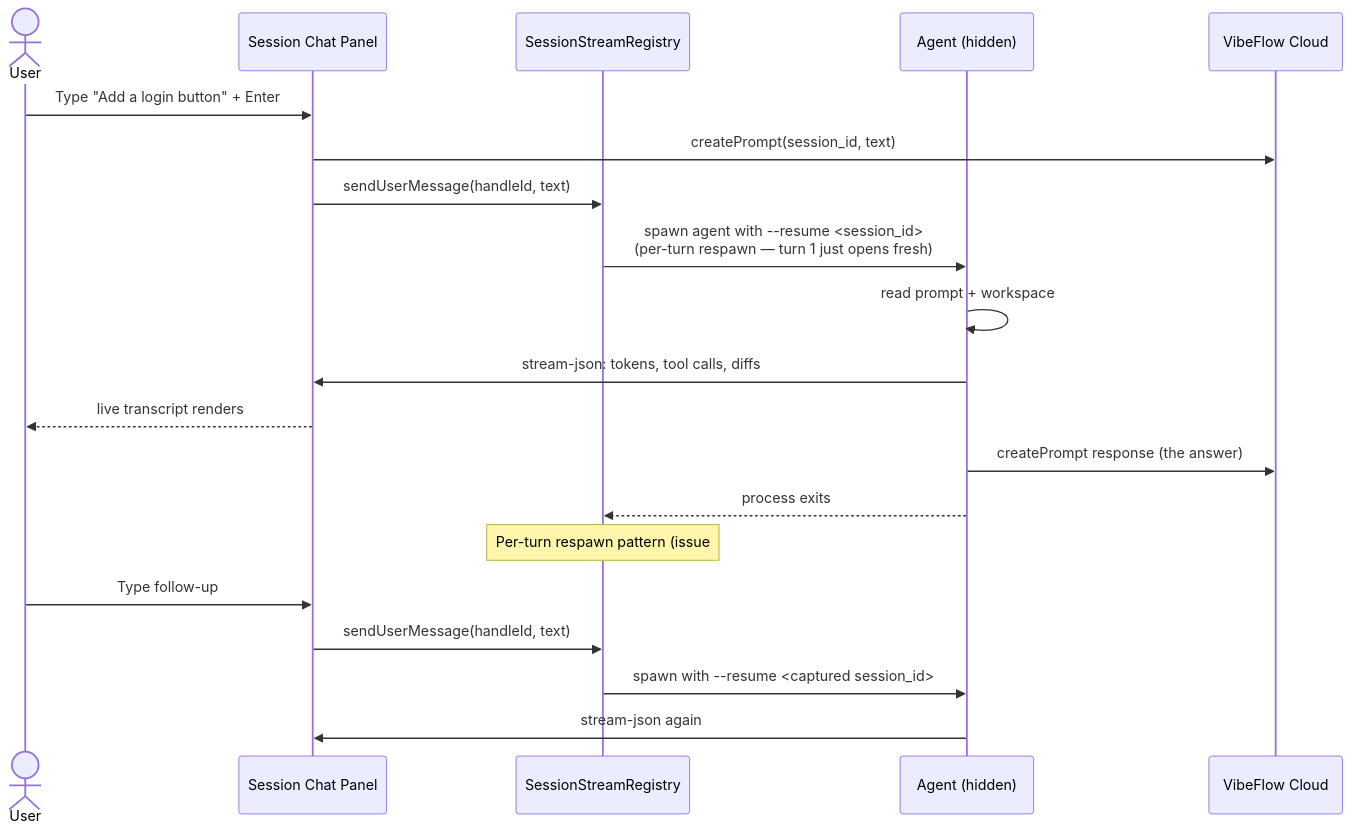
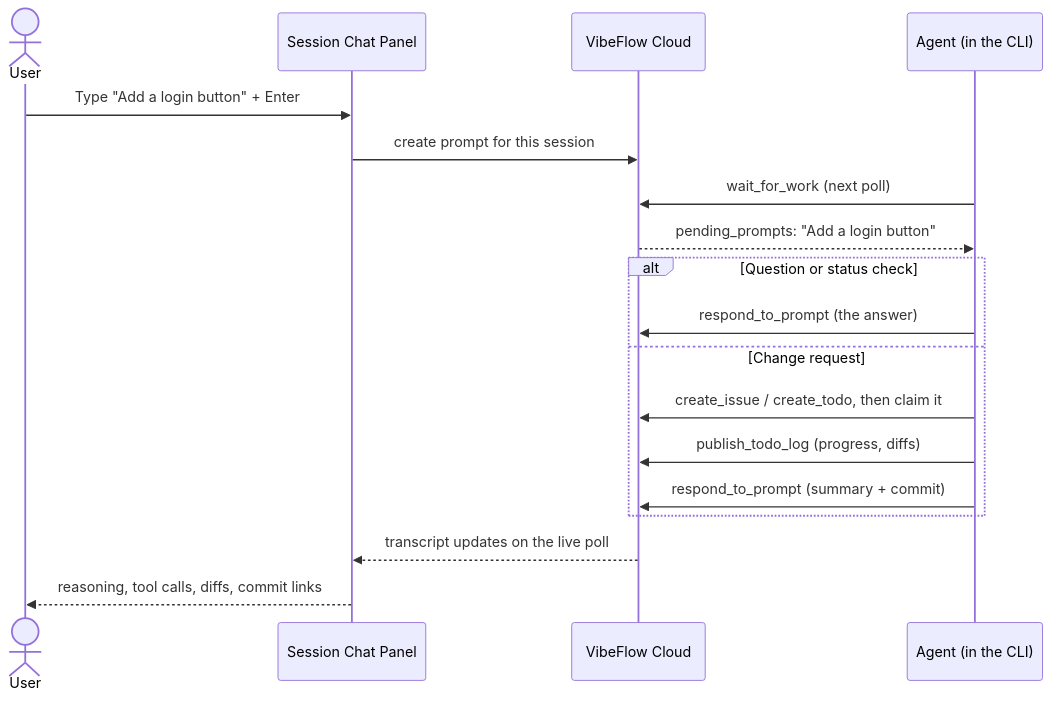
The third of 7 diagrams in docs/cursor-vibeflow/docs/workflows-and-flows.md (axiom-studio/vscode-vibeflow), drawn with Mermaid before and after one commit. The commit also changed other lines of this file and 29 other files, not shown here.

````diff
--- a/docs/cursor-vibeflow/docs/workflows-and-flows.md
+++ b/docs/cursor-vibeflow/docs/workflows-and-flows.md
@@ -139,24 +101,21 @@
 ```mermaid
 sequenceDiagram
     actor User
     participant Panel as Session Chat Panel
-    participant Reg as SessionStreamRegistry
-    participant Agent as Agent (hidden)
     participant Server as VibeFlow Cloud
+    participant Agent as Agent (in the CLI)
 
     User->>Panel: Type "Add a login button" + Enter
-    Panel->>Server: createPrompt(session_id, text)
-    Panel->>Reg: sendUserMessage(handleId, text)
-    Reg->>Agent: spawn agent with --resume <session_id><br/>(per-turn respawn — turn 1 just opens fresh)
-    Agent->>Agent: read prompt + workspace
-    Agent->>Panel: stream-json: tokens, tool calls, diffs
-    Panel-->>User: live transcript renders
-    Agent->>Server: createPrompt response (the answer)
-    Agent-->>Reg: process exits
-    Note over Reg: Per-turn respawn pattern (issue #2305 fix):<br/>each user message starts a fresh agent process<br/>that resumes from session_id
-
-    User->>Panel: Type follow-up
-    Panel->>Reg: sendUserMessage(handleId, text)
-    Reg->>Agent: spawn with --resume <captured session_id>
-    Agent->>Panel: stream-json again
+    Panel->>Server: create prompt for this session
+    Agent->>Server: wait_for_work (next poll)
+    Server-->>Agent: pending_prompts: "Add a login button"
+    alt Question or status check
+        Agent->>Server: respond_to_prompt (the answer)
+    else Change request
+        Agent->>Server: create_issue / create_todo, then claim it
+        Agent->>Server: publish_todo_log (progress, diffs)
+        Agent->>Server: respond_to_prompt (summary + commit)
+    end
+    Server-->>Panel: transcript updates on the live poll
+    Panel-->>User: reasoning, tool calls, diffs, commit links
 ```
````
